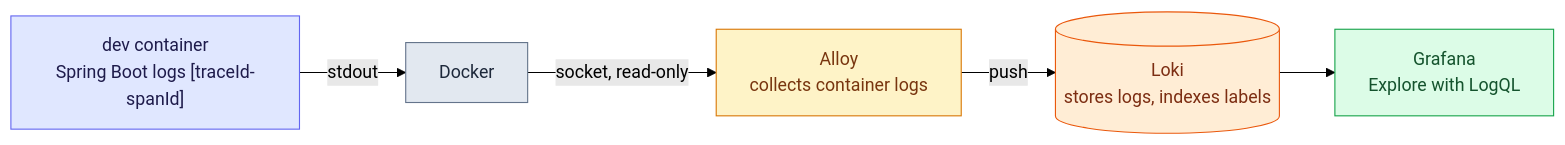
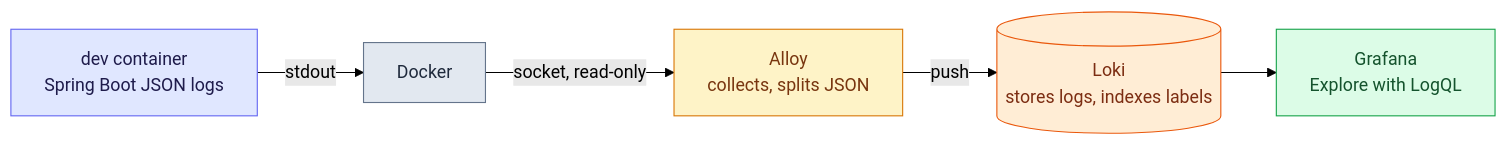
Before and after one commit to Sriram-Karthick-k/progress-tracker: the third of 3 diagrams in content/notes/spring-boot-system-design/03-observability/overview.md, drawn with Mermaid (forest theme). The commit also changed other lines of this file and 7 other files, not shown here.

````diff
--- a/content/notes/spring-boot-system-design/03-observability/overview.md
+++ b/content/notes/spring-boot-system-design/03-observability/overview.md
@@ -72,12 +73,12 @@
 ```mermaid
 flowchart LR
-  A["dev container<br/>Spring Boot logs [traceId-spanId]"]:::app -->|stdout| B["Docker"]:::infra
-  B -->|socket, read-only| C["Alloy<br/>collects container logs"]:::col
+  A["dev container<br/>Spring Boot JSON logs"]:::app -->|stdout| B["Docker"]:::infra
+  B -->|socket, read-only| C["Alloy<br/>collects, splits JSON"]:::col
   C -->|push| D[("Loki<br/>stores logs, indexes labels")]:::store
   D --> E["Grafana<br/>Explore with LogQL"]:::ui
   classDef app fill:#e0e7ff,stroke:#6366f1,color:#1e1b4b
   classDef infra fill:#e2e8f0,stroke:#64748b,color:#1e293b
   classDef col fill:#fef3c7,stroke:#d97706,color:#78350f
   classDef store fill:#ffedd5,stroke:#ea580c,color:#7c2d12
   classDef ui fill:#dcfce7,stroke:#16a34a,color:#14532d
 ```
````
